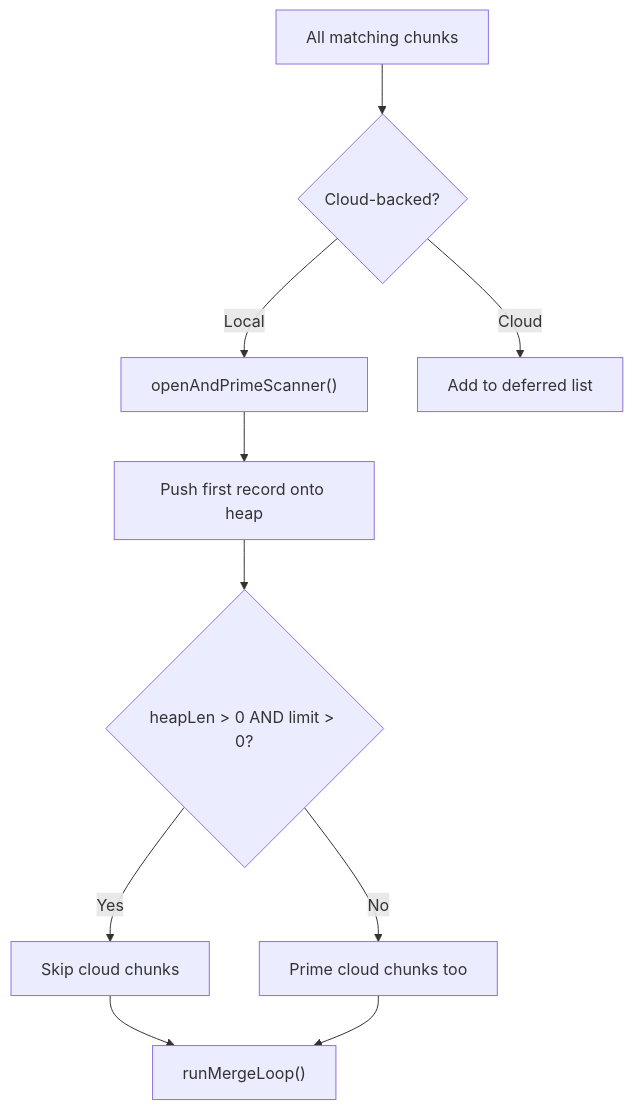
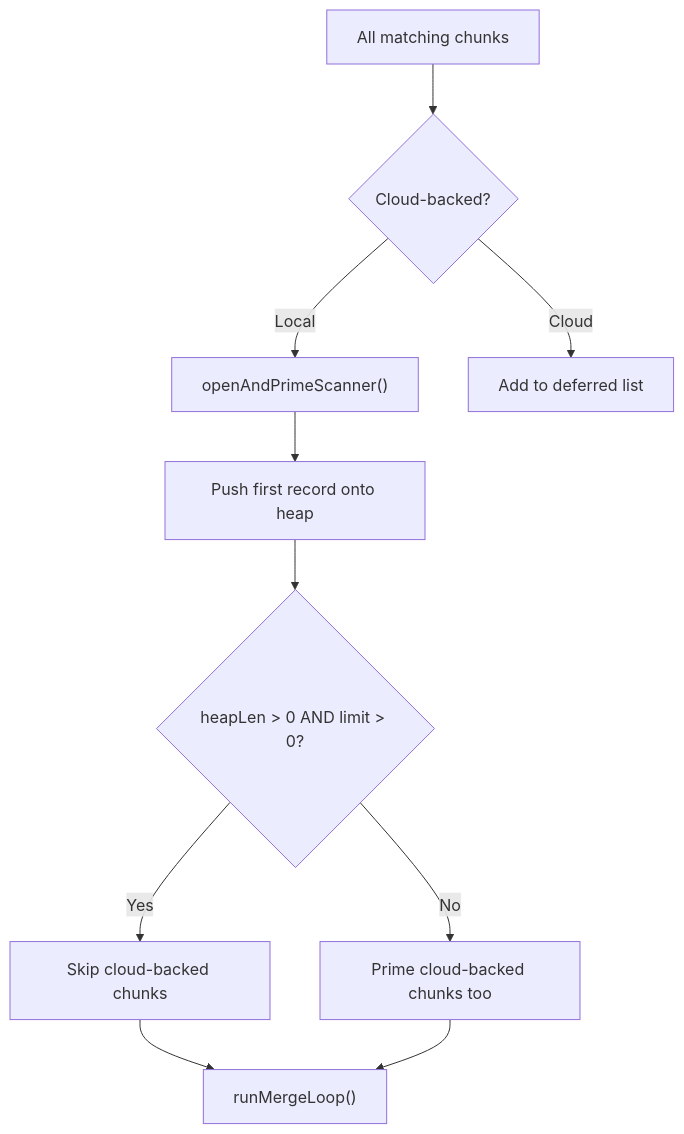
Before and after one commit to kluzzebass/gastrolog: the fourth of 10 diagrams in docs/query_execution.md, drawn with Mermaid. The commit also changed other lines of this file and 4 other files, not shown here.

````diff
--- a/docs/query_execution.md
+++ b/docs/query_execution.md
@@ -87,18 +87,18 @@
 ```mermaid
 flowchart TD
     AllChunks["All matching chunks"] --> Classify{"Cloud-backed?"}
 
     Classify -->|Local| Prime["openAndPrimeScanner()"]
     Classify -->|Cloud| Defer["Add to deferred list"]
 
     Prime --> Heap["Push first record onto heap"]
 
     Heap --> Check{"heapLen > 0 AND limit > 0?"}
-    Check -->|Yes| DeferCloud["Skip cloud chunks"]
-    Check -->|No| PrimeCloud["Prime cloud chunks too"]
+    Check -->|Yes| DeferCloud["Skip cloud-backed chunks"]
+    Check -->|No| PrimeCloud["Prime cloud-backed chunks too"]
 
     DeferCloud --> MergeLoop
     PrimeCloud --> MergeLoop
 
     MergeLoop["runMergeLoop()"]
 ```
````
